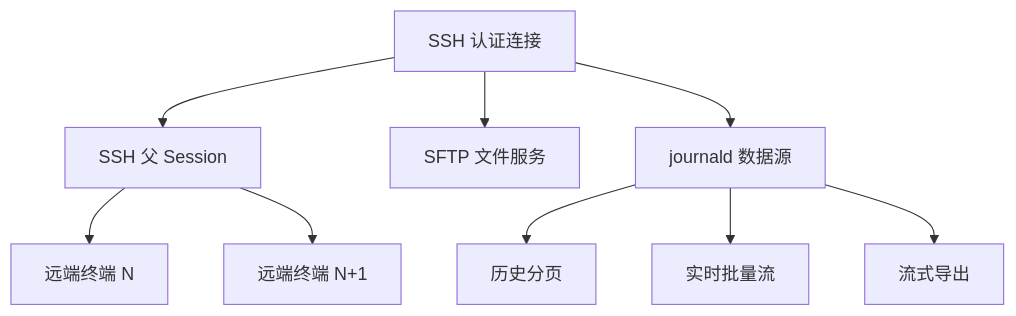
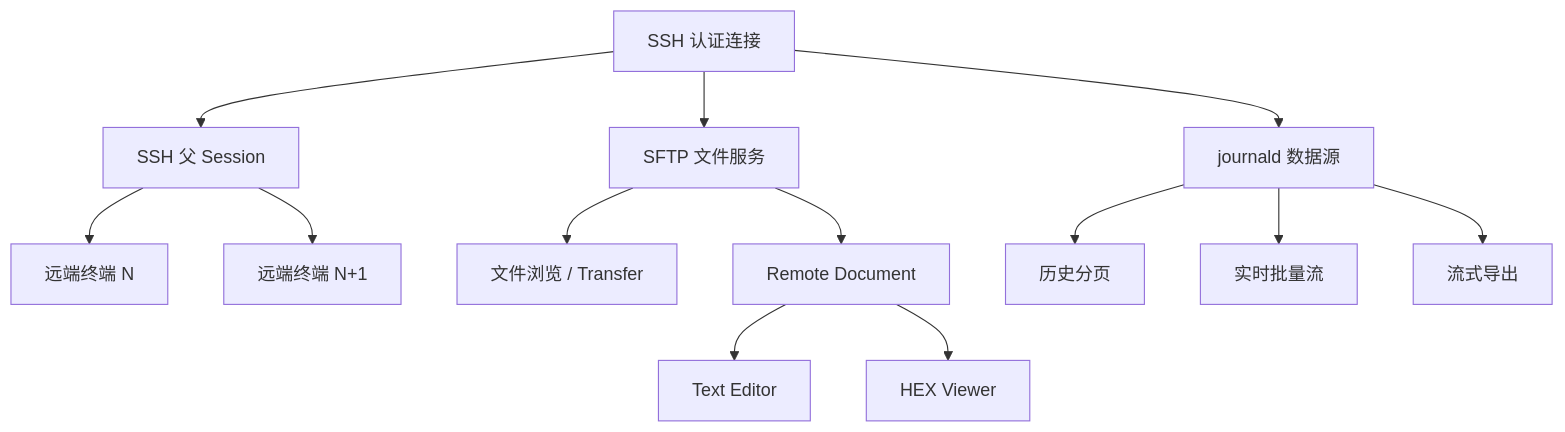
The diagram in docs/modules/SSH.md (hamburger-os/TauTerm), drawn with Mermaid before and after one commit. The commit also changed other lines of this file and 17 other files, not shown here.

First line of the commit message:
feat: upgrade SFTP preview into remote document editor (#187)

````diff
--- a/docs/modules/SSH.md
+++ b/docs/modules/SSH.md
@@ -66,11 +78,15 @@
 ```mermaid
 flowchart TB
   Auth["SSH 认证连接"] --> Parent["SSH 父 Session"]
   Parent --> PTY1["远端终端 N"]
   Parent --> PTY2["远端终端 N+1"]
   Auth --> SFTP["SFTP 文件服务"]
+  SFTP --> Browser["文件浏览 / Transfer"]
+  SFTP --> Document["Remote Document"]
+  Document --> Text["Text Editor"]
+  Document --> Hex["HEX Viewer"]
   Auth --> Journal["journald 数据源"]
   Journal --> History["历史分页"]
   Journal --> Realtime["实时批量流"]
   Journal --> Export["流式导出"]
 ```
````
